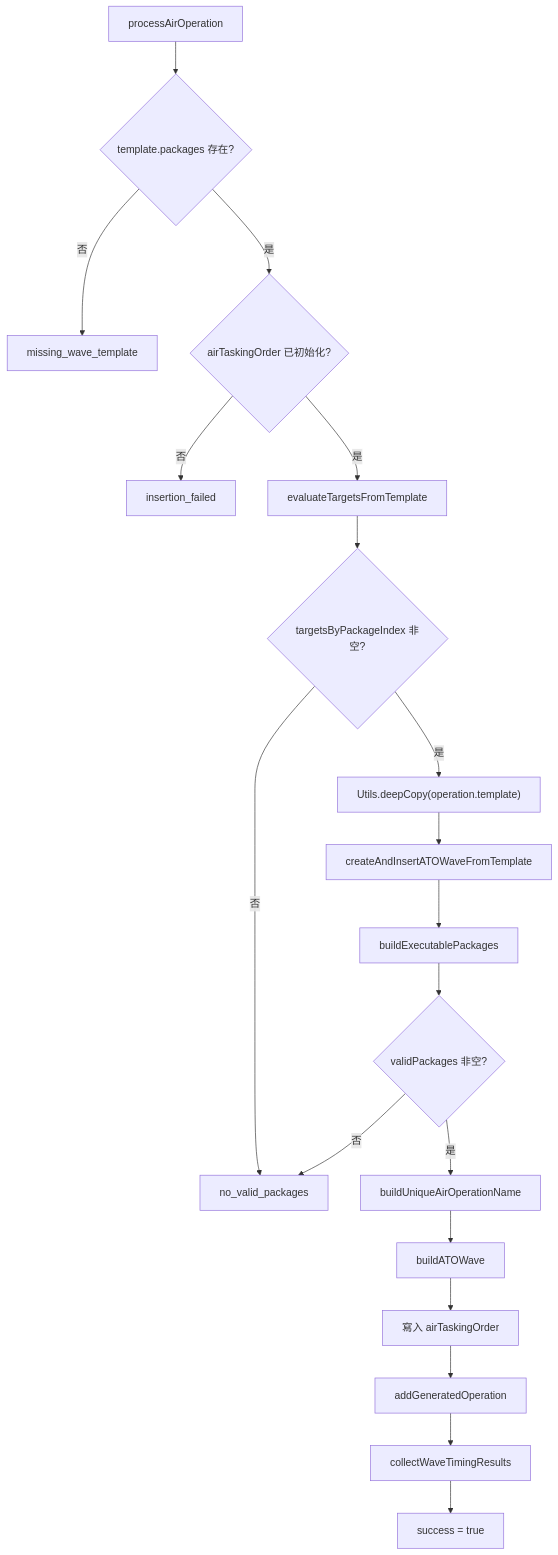
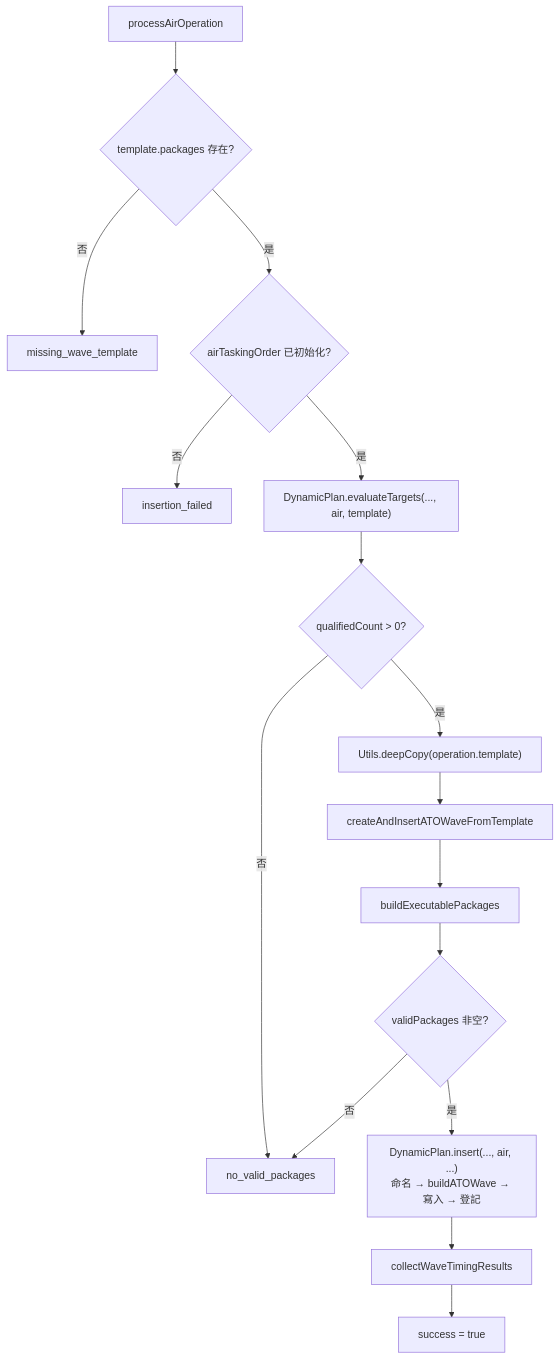
One commit to pullupjumper/formosa-in-flames changed the second of 2 diagrams in docs/strikePlanner/atoBuilder.md. Above: the diagram before and after it, drawn with Mermaid. The commit also changed other lines of this file and 11 other files, not shown here.

First line of the commit message:
docs(strikePlanner): document OperationBatch / DynamicPlan / OperationType

````diff
--- a/docs/strikePlanner/atoBuilder.md
+++ b/docs/strikePlanner/atoBuilder.md
@@ -69,31 +46,28 @@
 ```mermaid
 flowchart TD
     ENTRY["processAirOperation"]
     TEMPLATE{"template.packages 存在?"}
     ATO{"airTaskingOrder 已初始化?"}
-    TARGETS["evaluateTargetsFromTemplate"]
-    HAS_TARGETS{"targetsByPackageIndex 非空?"}
+    TARGETS["DynamicPlan.evaluateTargets(..., air, template)"]
+    HAS_TARGETS{"qualifiedCount > 0?"}
     COPY["Utils.deepCopy(operation.template)"]
     CREATE["createAndInsertATOWaveFromTemplate"]
     BUILD["buildExecutablePackages"]
     HAS_PKG{"validPackages 非空?"}
-    NAME["buildUniqueAirOperationName"]
-    WAVE["buildATOWave"]
-    INSERT["寫入 airTaskingOrder"]
-    REGISTER["addGeneratedOperation"]
+    INSERT["DynamicPlan.insert(..., air, ...)<br>命名 → buildATOWave → 寫入 → 登記"]
     TIMING["collectWaveTimingResults"]
     OK["success = true"]
     ERR["missing_wave_template"]
     FAIL["insertion_failed"]
     SKIP["no_valid_packages"]
 
     ENTRY --> TEMPLATE
     TEMPLATE -->|否| ERR
     TEMPLATE -->|是| ATO
     ATO -->|否| FAIL
     ATO -->|是| TARGETS --> HAS_TARGETS
     HAS_TARGETS -->|否| SKIP
     HAS_TARGETS -->|是| COPY --> CREATE --> BUILD --> HAS_PKG
     HAS_PKG -->|否| SKIP
-    HAS_PKG -->|是| NAME --> WAVE --> INSERT --> REGISTER --> TIMING --> OK
+    HAS_PKG -->|是| INSERT --> TIMING --> OK
 ```
````
